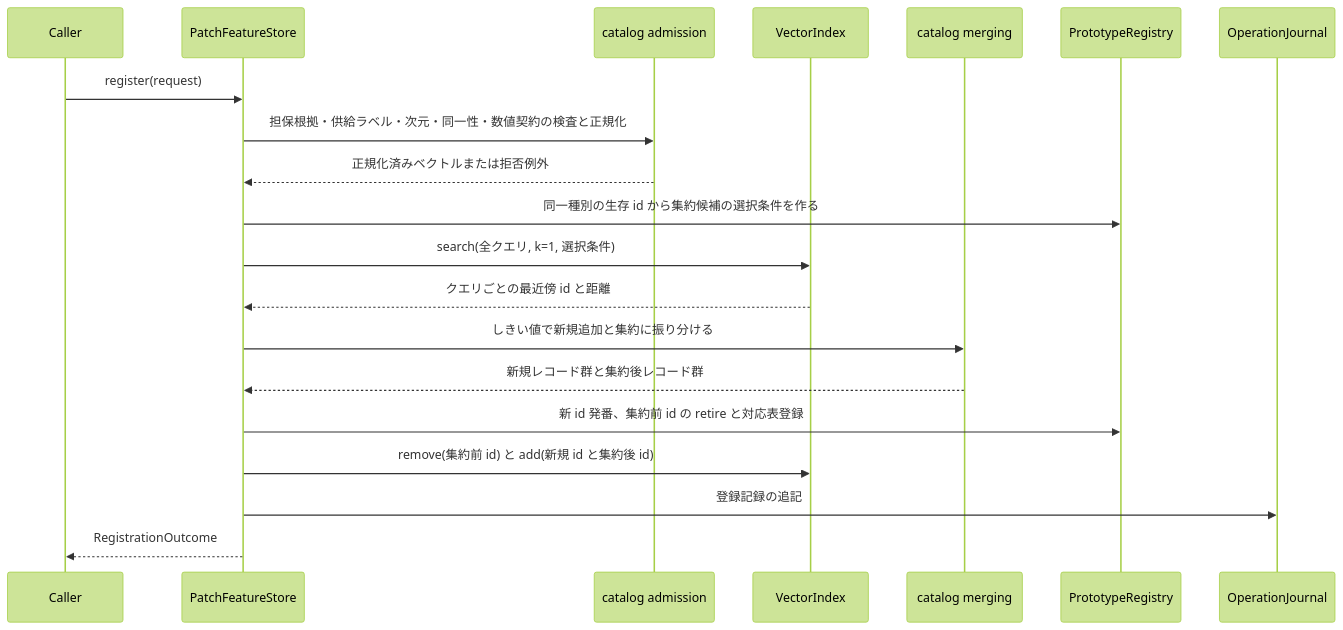
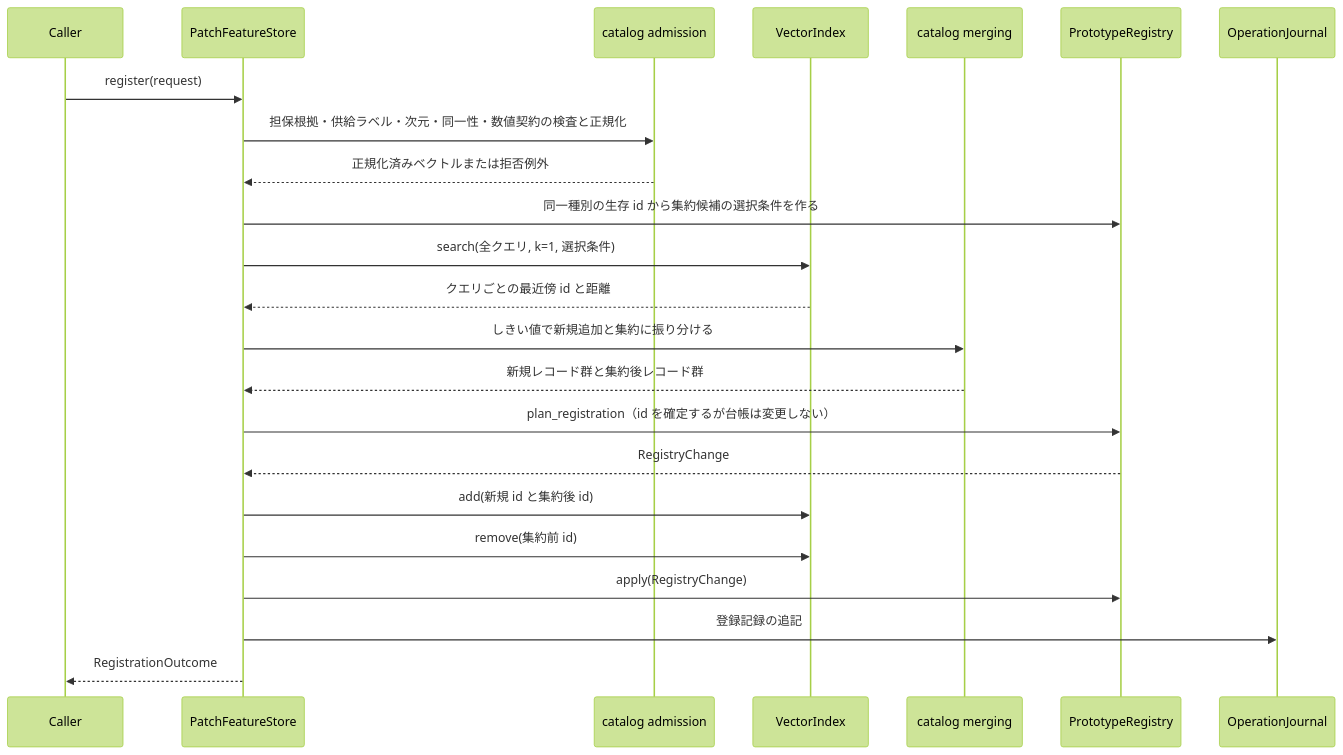
The second of 5 diagrams in .kiro/specs/patch-feature-store/design.md (BFAI-Semicon/Go-Tech_1-3_SSL_Anomaly_Detection), drawn with Mermaid (forest theme) before and after one commit. The commit also changed other lines of this file, not shown here.

````diff
--- a/.kiro/specs/patch-feature-store/design.md
+++ b/.kiro/specs/patch-feature-store/design.md
@@ -249,23 +251,26 @@
 ```mermaid
 sequenceDiagram
     participant Caller
     participant Store as PatchFeatureStore
     participant Adm as catalog admission
     participant Idx as VectorIndex
     participant Mrg as catalog merging
     participant Reg as PrototypeRegistry
     participant Jrn as OperationJournal
 
     Caller->>Store: register(request)
     Store->>Adm: 担保根拠・供給ラベル・次元・同一性・数値契約の検査と正規化
     Adm-->>Store: 正規化済みベクトルまたは拒否例外
     Store->>Reg: 同一種別の生存 id から集約候補の選択条件を作る
     Store->>Idx: search(全クエリ, k=1, 選択条件)
     Idx-->>Store: クエリごとの最近傍 id と距離
     Store->>Mrg: しきい値で新規追加と集約に振り分ける
     Mrg-->>Store: 新規レコード群と集約後レコード群
-    Store->>Reg: 新 id 発番、集約前 id の retire と対応表登録
-    Store->>Idx: remove(集約前 id) と add(新規 id と集約後 id)
+    Store->>Reg: plan_registration（id を確定するが台帳は変更しない）
+    Reg-->>Store: RegistryChange
+    Store->>Idx: add(新規 id と集約後 id)
+    Store->>Idx: remove(集約前 id)
+    Store->>Reg: apply(RegistryChange)
     Store->>Jrn: 登録記録の追記
     Store-->>Caller: RegistrationOutcome
 ```
````
